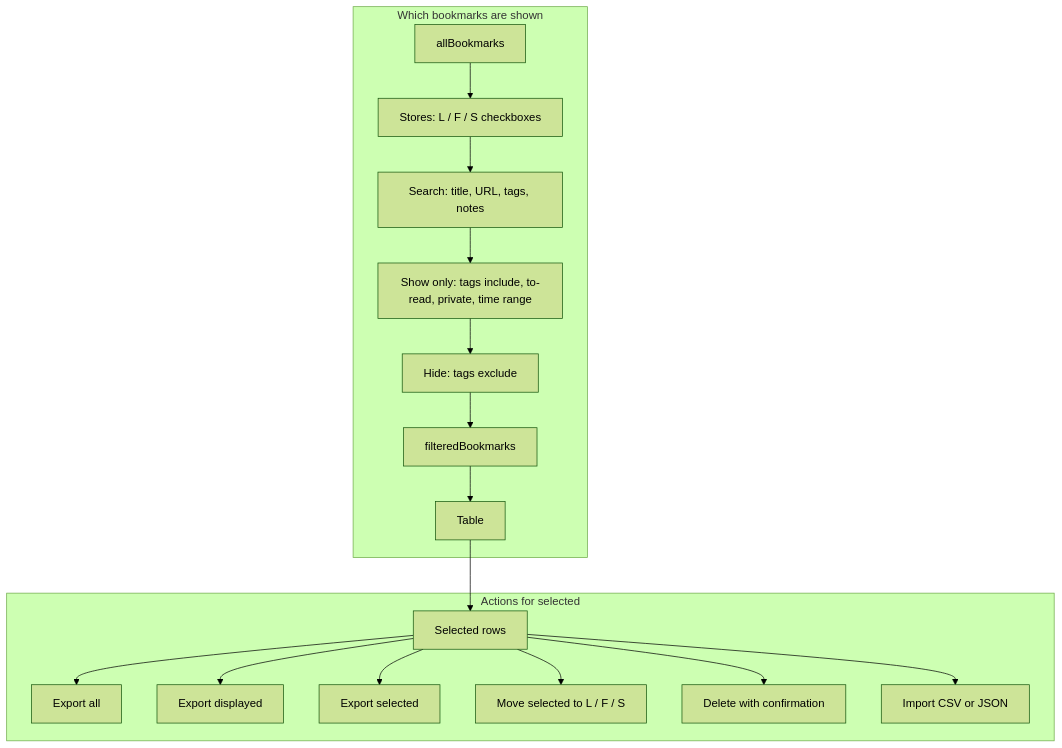
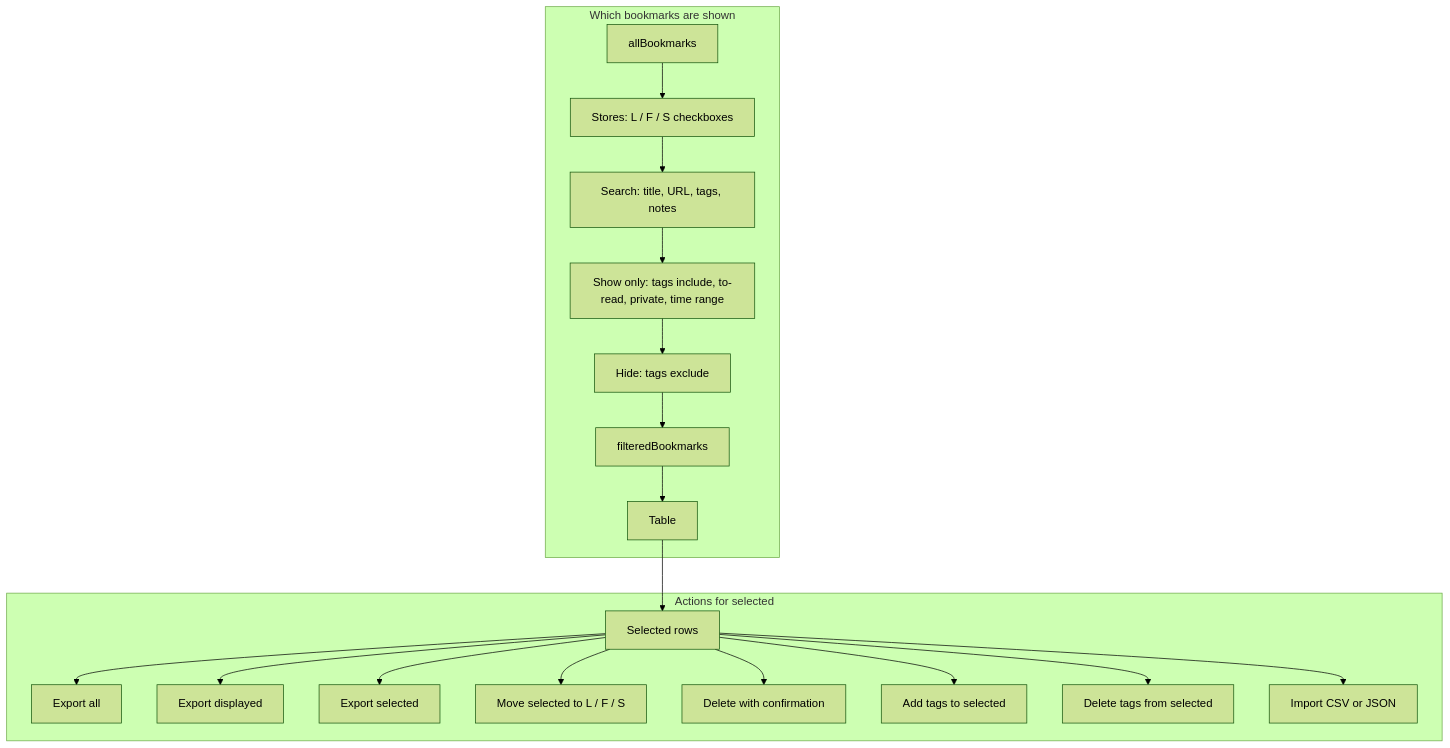
One commit to fareedst/hoverboard changed the diagram in README.md. Above: the diagram before and after it, drawn with Mermaid (forest theme). The commit also changed other lines of this file and 13 other files, not shown here.

Commit message:
feat: Add and delete tags on selected bookmarks

````diff
--- a/README.md
+++ b/README.md
@@ -81,34 +81,38 @@
 ```mermaid
 flowchart TB
   subgraph whichShown [Which bookmarks are shown]
     All[allBookmarks]
     Stores[Stores: L / F / S checkboxes]
     Search[Search: title, URL, tags, notes]
     ShowOnly[Show only: tags include, to-read, private, time range]
     Hide[Hide: tags exclude]
     Filtered[filteredBookmarks]
     Table[Table]
     All --> Stores
     Stores --> Search
     Search --> ShowOnly
     ShowOnly --> Hide
     Hide --> Filtered
     Filtered --> Table
   end
   subgraph actions [Actions for selected]
     Selected[Selected rows]
     ExportAll[Export all]
     ExportDisplayed[Export displayed]
     ExportSelected[Export selected]
     Move[Move selected to L / F / S]
     Delete[Delete with confirmation]
+    AddTags[Add tags to selected]
+    DeleteTags[Delete tags from selected]
     Import[Import CSV or JSON]
     Selected --> ExportAll
     Selected --> ExportDisplayed
     Selected --> ExportSelected
     Selected --> Move
     Selected --> Delete
+    Selected --> AddTags
+    Selected --> DeleteTags
     Selected --> Import
   end
   Table --> Selected
 ```
````
